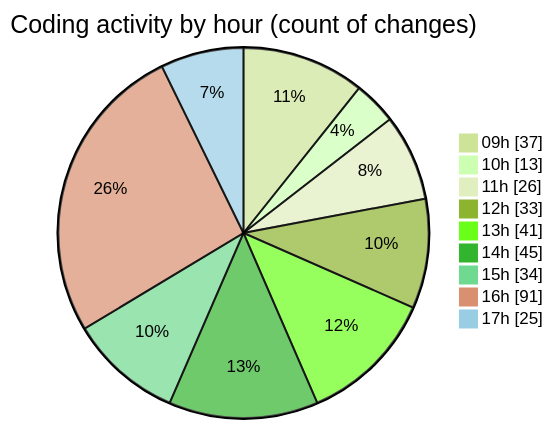
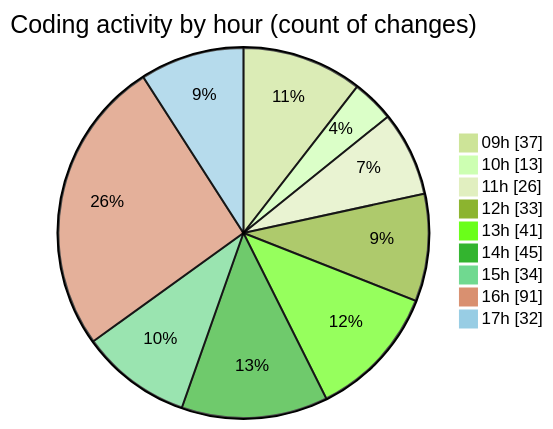
Before and after one commit to momahboobian/code-tracking: the second of 2 diagrams in 2026-04-23/cda/README.md, drawn with Mermaid (forest theme). The commit also changed other lines of this file and 1 other file, not shown here.

````diff
--- a/2026-04-23/cda/README.md
+++ b/2026-04-23/cda/README.md
@@ -56,13 +57,13 @@
 ```mermaid
 pie showData
 title Coding activity by hour (count of changes)
 "09h" : 37
 "10h" : 13
 "11h" : 26
 "12h" : 33
 "13h" : 41
 "14h" : 45
 "15h" : 34
 "16h" : 91
-"17h" : 25
+"17h" : 32
 ```
````
